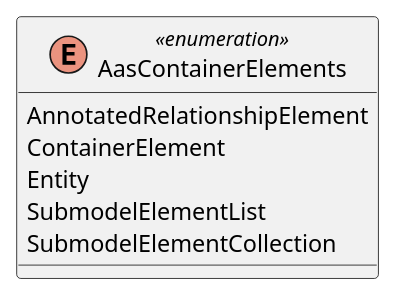
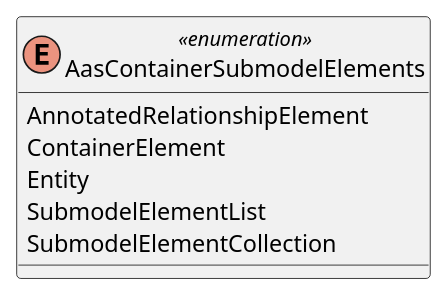
Before and after one commit to admin-shell-io/aas-specs: the diagram in documentation/IDTA-01001/modules/ROOT/partials/diagrams/classes/enum-aas-container-submodel-elements.puml, drawn with PlantUML.

Commit message:
fix figure ContainerElement in SubmodelElement Overview

```diff
--- a/documentation/IDTA-01001/modules/ROOT/partials/diagrams/classes/enum-aas-container-submodel-elements.puml
+++ b/documentation/IDTA-01001/modules/ROOT/partials/diagrams/classes/enum-aas-container-submodel-elements.puml
@@ -1,9 +1,9 @@
 @startuml
-enum AasContainerElements <<enumeration>> {
+enum AasContainerSubmodelElements <<enumeration>> {
   AnnotatedRelationshipElement
   ContainerElement
   Entity
   SubmodelElementList
   SubmodelElementCollection
 }
 @enduml
```
